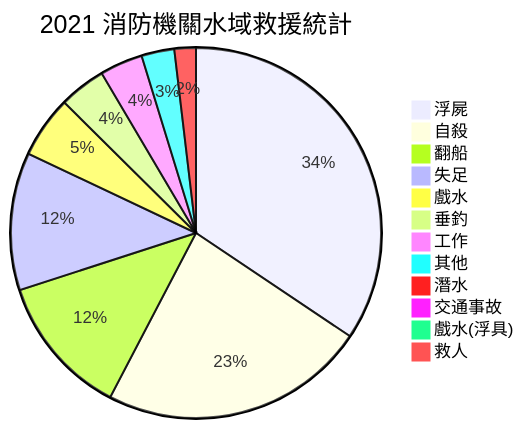
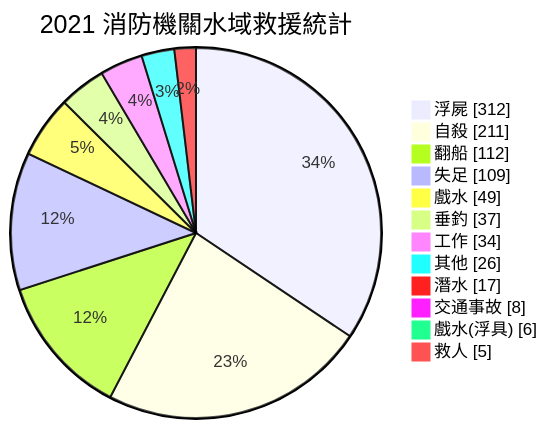
Before and after one commit to gasolin/blog: the first of 6 diagrams in blog/life/2021-water-rescue.md, drawn with Mermaid. The commit also changed other lines of this file, not shown here.

Commit message:
improve chart

````diff
--- a/blog/life/2021-water-rescue.md
+++ b/blog/life/2021-water-rescue.md
@@ -16,15 +16,15 @@
 ```mermaid
-pie title 2021 消防機關水域救援統計
+pie showData title 2021 消防機關水域救援統計
     "浮屍":	312
     "自殺":	211
     "翻船":	112
     "失足":	109
     "戲水":	49
     "垂釣":	37
     "工作":	34
     "其他":	26
     "潛水":	17
     "交通事故":	8
     "戲水(浮具)":	6
     "救人":	5
 ```
````
